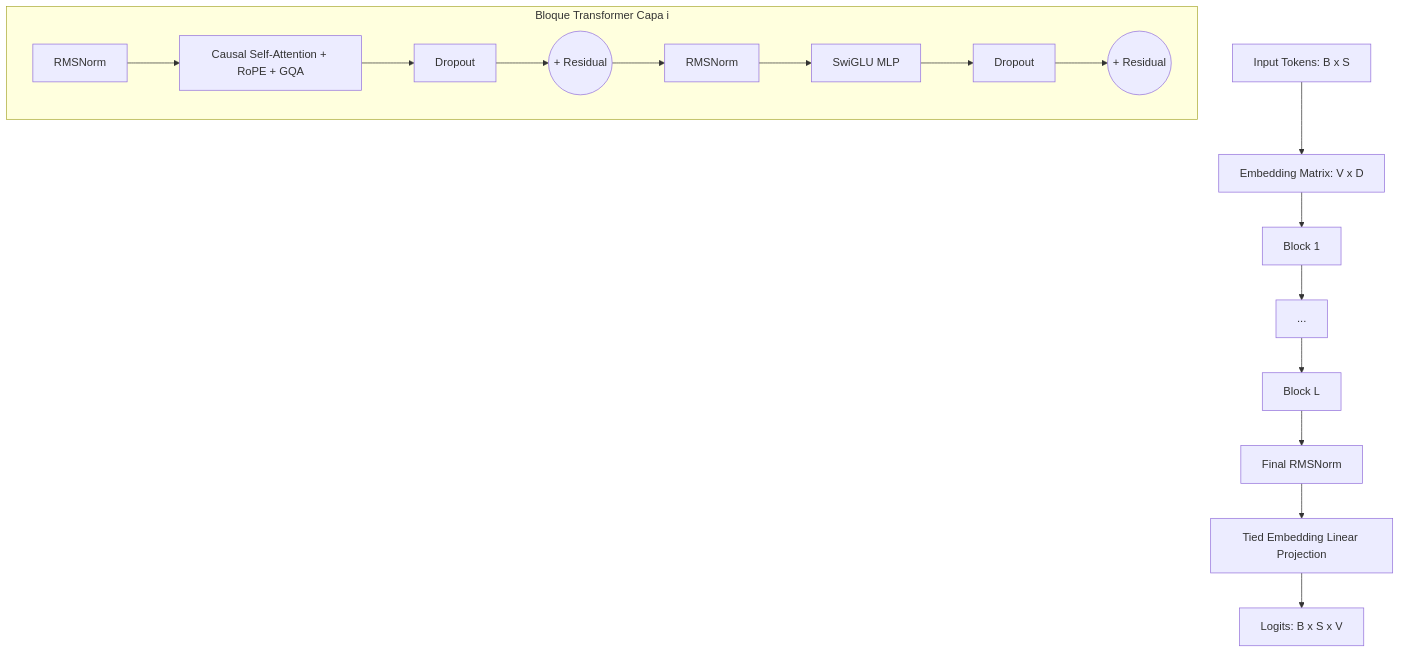
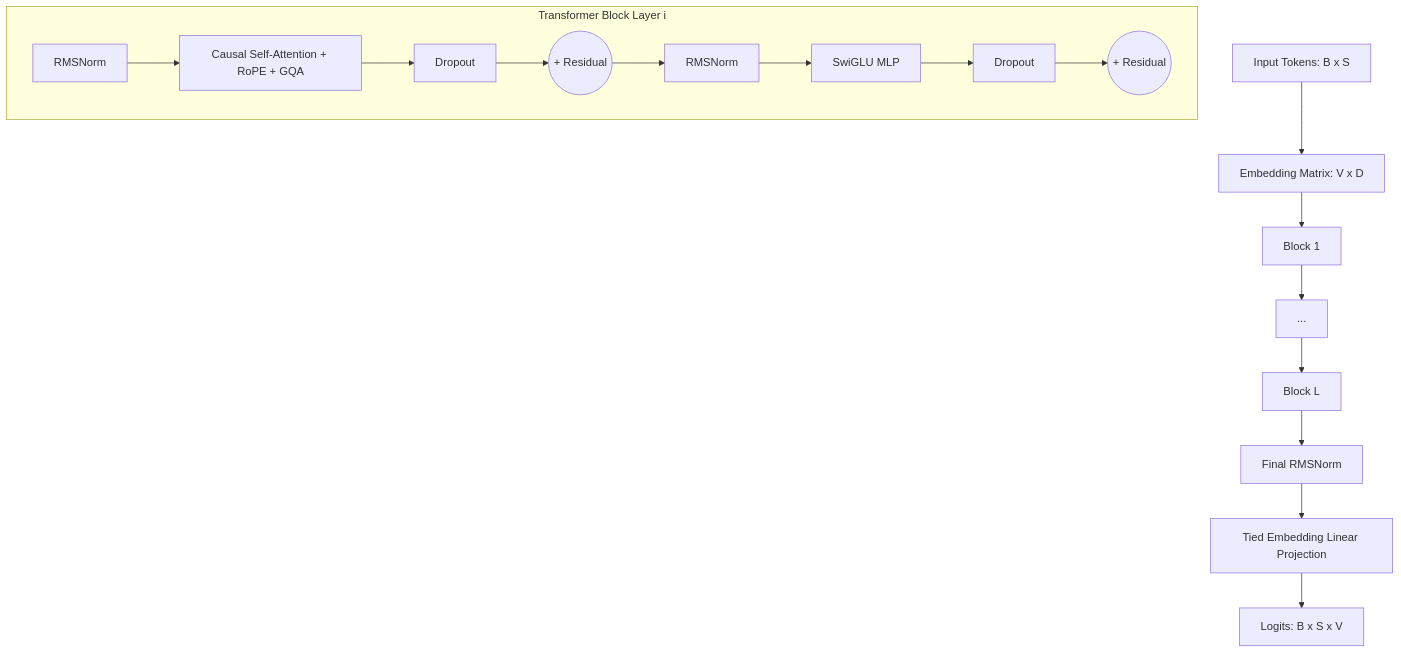
The diagram in doc/architecture.md (Hoosk/noctambulo-llm), drawn with Mermaid before and after one commit. The commit also changed other lines of this file and 14 other files, not shown here.

First line of the commit message:
docs: translate all documentation to English and refresh README/ROADMAP

````diff
--- a/doc/architecture.md
+++ b/doc/architecture.md
@@ -11,19 +11,19 @@
 ```mermaid
 graph TD
     Input[Input Tokens: B x S] --> Embed[Embedding Matrix: V x D]
     Embed --> Block1[Block 1]
-    subgraph Block [Bloque Transformer Capa i]
+    subgraph Block [Transformer Block Layer i]
         PreNorm1[RMSNorm] --> Attn[Causal Self-Attention + RoPE + GQA]
         Attn --> Drop1[Dropout]
         Drop1 --> Res1((+ Residual))
         Res1 --> PreNorm2[RMSNorm]
         PreNorm2 --> MLP[SwiGLU MLP]
         MLP --> Drop2[Dropout]
         Drop2 --> Res2((+ Residual))
     end
     Block1 --> Blocks[...]
     Blocks --> BlockN[Block L]
     BlockN --> FinalNorm[Final RMSNorm]
     FinalNorm --> TiedEmbed[Tied Embedding Linear Projection]
     TiedEmbed --> Logits[Logits: B x S x V]
 ```
````
